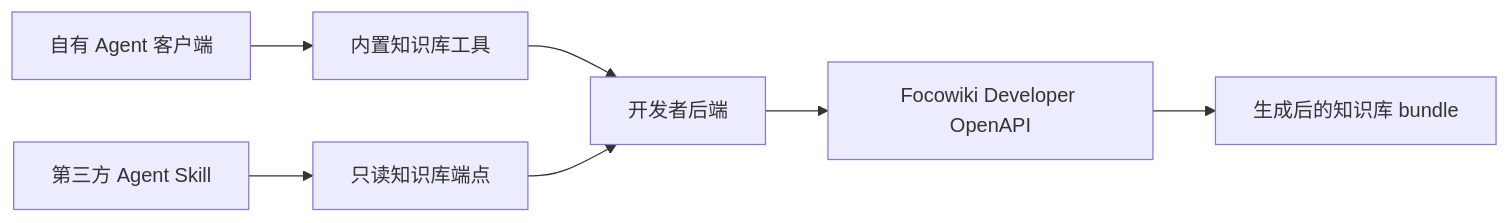
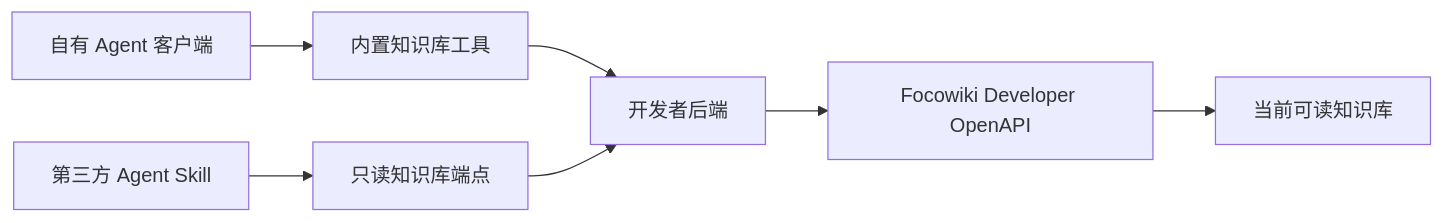
One commit to farozerolabs/focowiki changed the diagram in docs/zh-CN/agent-integration/index.md. Above: the diagram before and after it, drawn with Mermaid. The commit also changed other lines of this file and 1390 other files, not shown here.

````diff
--- a/docs/zh-CN/agent-integration/index.md
+++ b/docs/zh-CN/agent-integration/index.md
@@ -18,9 +18,9 @@
 ```mermaid
 flowchart LR
   OwnAgent["自有 Agent 客户端"] --> Tools["内置知识库工具"]
   ThirdParty["第三方 Agent Skill"] --> Endpoint["只读知识库端点"]
   Tools --> Backend["开发者后端"]
   Endpoint --> Backend
   Backend --> OpenAPI["Focowiki Developer OpenAPI"]
-  OpenAPI --> Bundle["生成后的知识库 bundle"]
+  OpenAPI --> Knowledge["当前可读知识库"]
 ```
````
